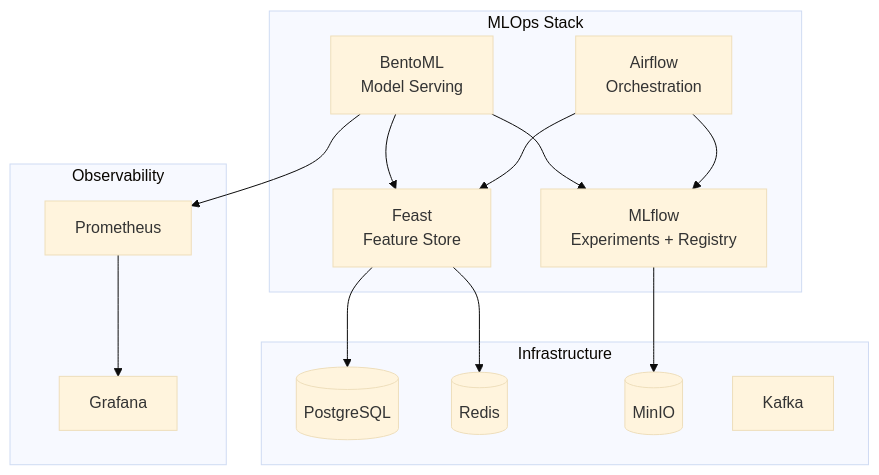
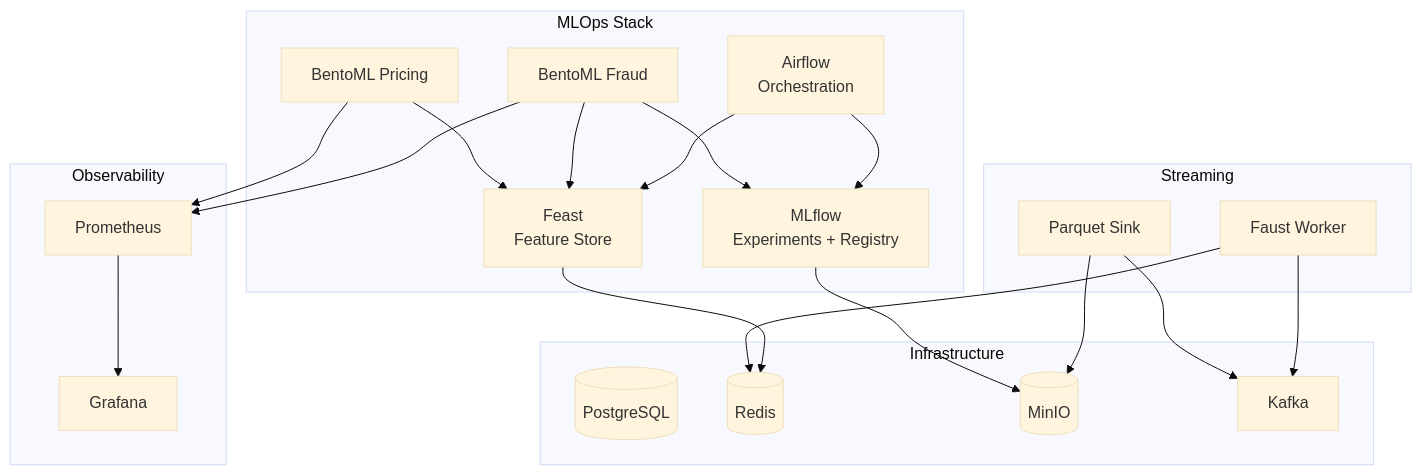
One commit to w4zir/ibook_mlops changed the first of 2 diagrams in docs/tech_blog_self_healing_fraud_mlops.md. Above: the diagram before and after it, drawn with Mermaid (base theme). The commit also changed other lines of this file and 3 other files, not shown here.

````diff
--- a/docs/tech_blog_self_healing_fraud_mlops.md
+++ b/docs/tech_blog_self_healing_fraud_mlops.md
@@ -44,31 +46,42 @@
 ```mermaid
 flowchart TB
     subgraph infra["Infrastructure"]
         PG[(PostgreSQL)]
         Redis[(Redis)]
         MinIO[(MinIO)]
         Kafka[Kafka]
     end
 
     subgraph mlops["MLOps Stack"]
         Feast[Feast<br/>Feature Store]
         MLflow[MLflow<br/>Experiments + Registry]
         Airflow[Airflow<br/>Orchestration]
-        Bento[BentoML<br/>Model Serving]
+        BentoFraud[BentoML Fraud]
+        BentoPricing[BentoML Pricing]
+    end
+
+    subgraph stream["Streaming"]
+        Faust[Faust Worker]
+        Sink[Parquet Sink]
     end
 
     subgraph obs["Observability"]
         Prom[Prometheus]
         Grafana[Grafana]
     end
 
     Airflow --> Feast
     Airflow --> MLflow
     Feast --> Redis
-    Feast --> PG
+    Faust --> Kafka
+    Faust --> Redis
+    Sink --> Kafka
+    Sink --> MinIO
     MLflow --> MinIO
-    Bento --> MLflow
-    Bento --> Feast
-    Bento --> Prom
+    BentoFraud --> MLflow
+    BentoFraud --> Feast
+    BentoPricing --> Feast
+    BentoFraud --> Prom
+    BentoPricing --> Prom
     Prom --> Grafana
 ```
````
